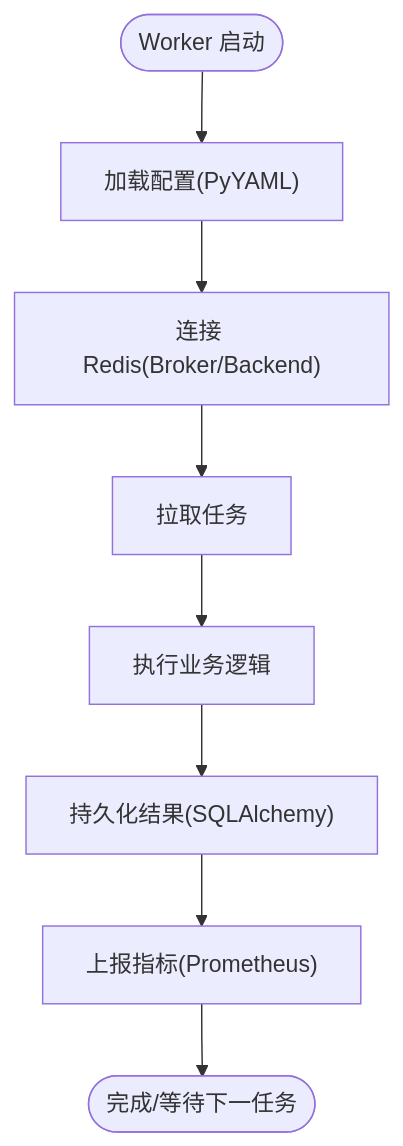
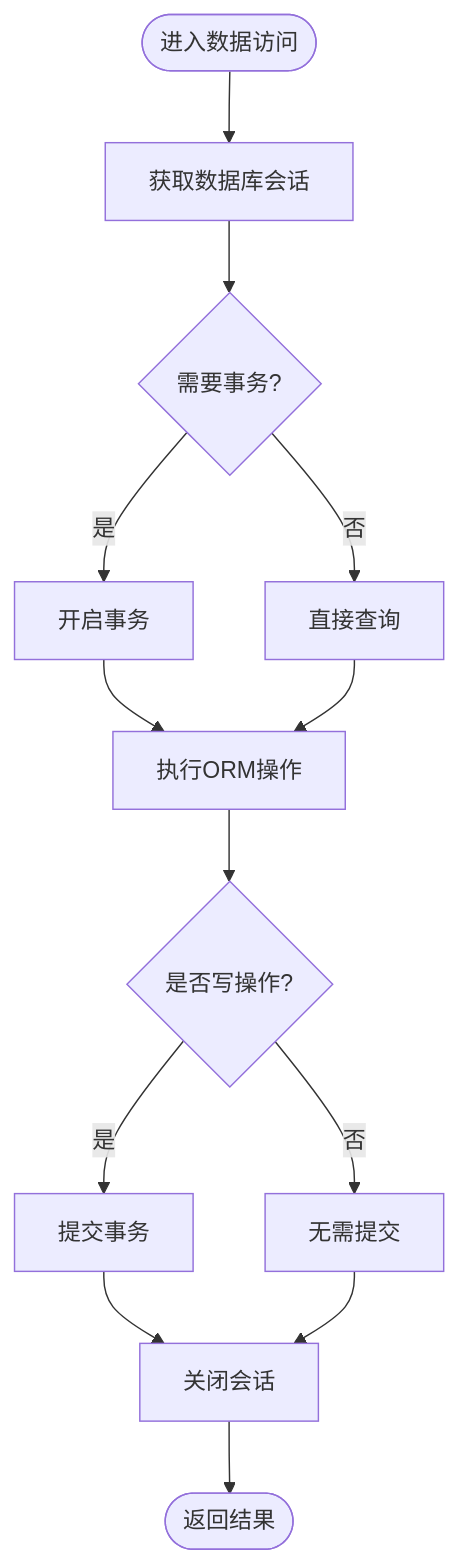
The fourth of 7 diagrams in .qoder/repowiki/zh/content/项目概述/技术栈概览.md (DeathLimbo/quan_mcp), drawn with Mermaid before and after one commit. The commit also changed other lines of this file and 238 other files, not shown here.

````diff
--- a/.qoder/repowiki/zh/content/项目概述/技术栈概览.md
+++ b/.qoder/repowiki/zh/content/项目概述/技术栈概览.md
@@ -203,10 +229,15 @@
 ```mermaid
 flowchart TD
-Start(["Worker 启动"]) --> LoadConf["加载配置(PyYAML)"]
-LoadConf --> ConnectBroker["连接 Redis(Broker/Backend)"]
-ConnectBroker --> ConsumeTasks["拉取任务"]
-ConsumeTasks --> ExecuteTask["执行业务逻辑"]
-ExecuteTask --> Persist["持久化结果(SQLAlchemy)"]
-Persist --> ReportMetrics["上报指标(Prometheus)"]
-ReportMetrics --> End(["完成/等待下一任务"])
+Start(["进入数据访问"]) --> GetSession["获取数据库会话"]
+GetSession --> BeginTx{"需要事务?"}
+BeginTx --> |是| OpenTx["开启事务"]
+BeginTx --> |否| DirectQuery["直接查询"]
+OpenTx --> Execute["执行ORM操作"]
+DirectQuery --> Execute
+Execute --> Commit{"是否写操作?"}
+Commit --> |是| DoCommit["提交事务"]
+Commit --> |否| NoCommit["无需提交"]
+DoCommit --> Close["关闭会话"]
+NoCommit --> Close
+Close --> End(["返回结果"])
 ```
````
